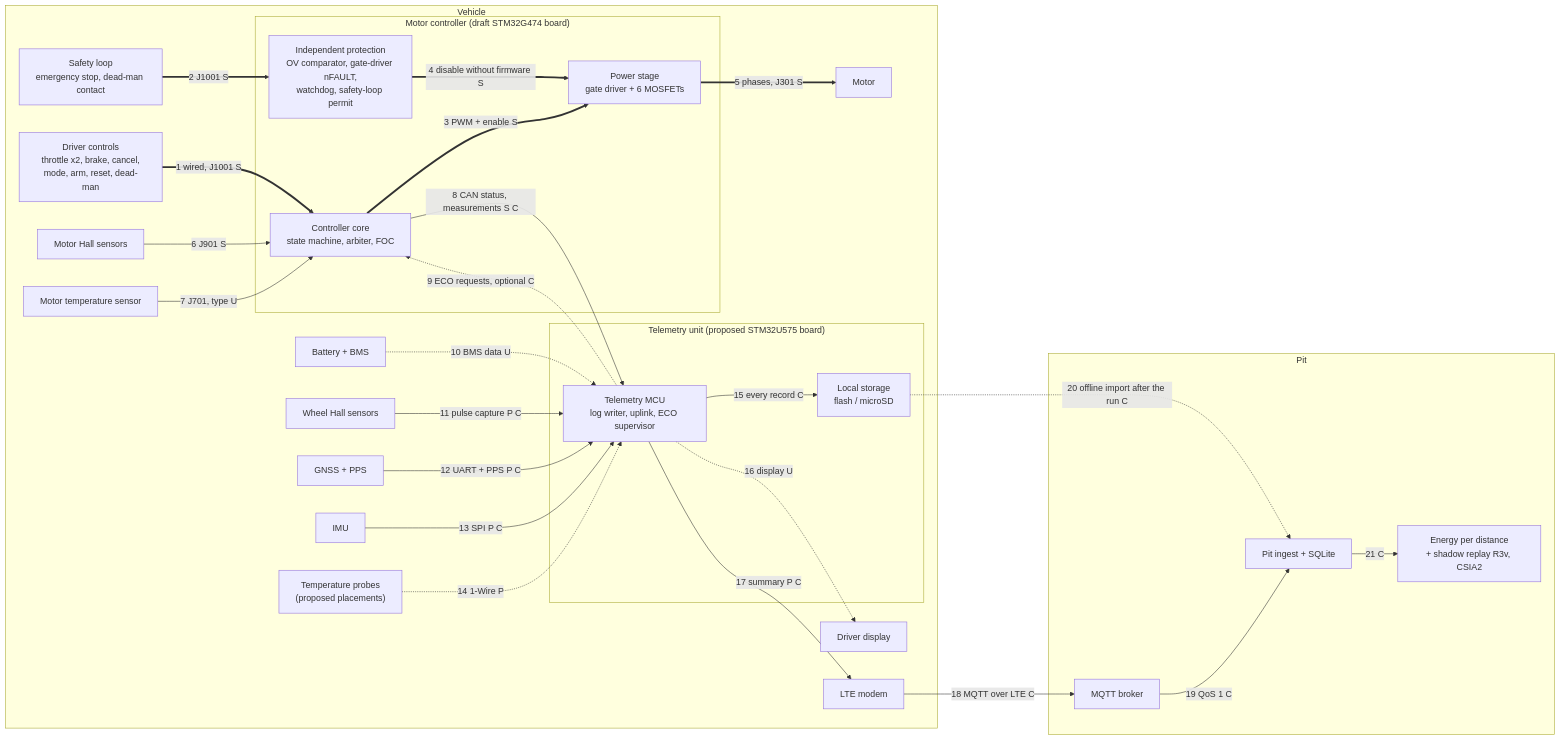
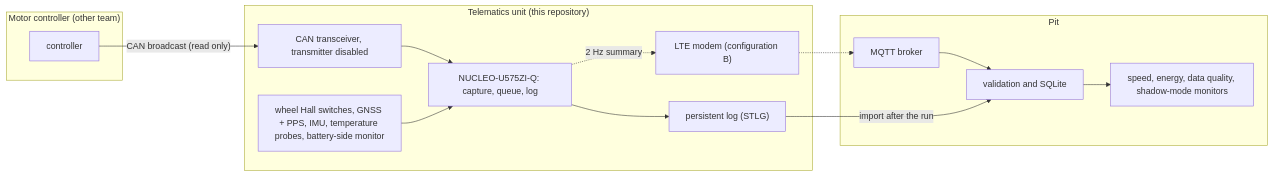
Before and after one commit to SWORT-Aerospace/sem-motor-controller: the diagram in README.md, drawn with Mermaid. The commit also changed other lines of this file and 34 other files, not shown here.

````diff
--- a/README.md
+++ b/README.md
@@ -48,52 +13,22 @@
 ```mermaid
 flowchart LR
-  subgraph VEH["Vehicle"]
-    LOOP["Safety loop<br/>emergency stop, dead-man contact"]
-    DRV["Driver controls<br/>throttle x2, brake, cancel,<br/>mode, arm, reset, dead-man"]
-    subgraph MCB["Motor controller (draft STM32G474 board)"]
-      PROT["Independent protection<br/>OV comparator, gate-driver nFAULT,<br/>watchdog, safety-loop permit"]
-      MC["Controller core<br/>state machine, arbiter, FOC"]
-      PS["Power stage<br/>gate driver + 6 MOSFETs"]
-    end
-    MOT["Motor"]
-    HALL["Motor Hall sensors"]
-    MTEMP["Motor temperature sensor"]
-    BMS["Battery + BMS"]
-    subgraph TUB["Telemetry unit (proposed STM32U575 board)"]
-      TU["Telemetry MCU<br/>log writer, uplink, ECO supervisor"]
-      LOG["Local storage<br/>flash / microSD"]
-    end
-    WS["Wheel Hall sensors"]
-    GNSS["GNSS + PPS"]
-    IMU["IMU"]
-    TS["Temperature probes<br/>(proposed placements)"]
-    DISP["Driver display"]
-    LTE["LTE modem"]
+  subgraph CT["Motor controller (other team)"]
+    MC["controller"]
   end
-  subgraph PITS["Pit"]
+  subgraph TU["Telematics unit (this repository)"]
+    TR["CAN transceiver, transmitter disabled"]
+    MCU["NUCLEO-U575ZI-Q: capture, queue, log"]
+    SNS["wheel Hall switches, GNSS + PPS, IMU, temperature probes, battery-side monitor"]
+    LOG["persistent log (STLG)"]
+    MOD["LTE modem (configuration B)"]
+  end
+  subgraph PIT["Pit"]
     BRK["MQTT broker"]
-    PIT["Pit ingest + SQLite"]
-    AN["Energy per distance<br/>+ shadow replay R3v, CSIA2"]
+    DB["validation and SQLite"]
+    AN["speed, energy, data quality, shadow-mode monitors"]
   end
-  LOOP ==>|"2 J1001 S"| PROT
-  DRV ==>|"1 wired, J1001 S"| MC
-  MC ==>|"3 PWM + enable S"| PS
-  PROT ==>|"4 disable without firmware S"| PS
-  PS ==>|"5 phases, J301 S"| MOT
-  HALL -->|"6 J901 S"| MC
-  MTEMP -->|"7 J701, type U"| MC
-  MC -->|"8 CAN status, measurements S C"| TU
-  TU -.->|"9 ECO requests, optional C"| MC
-  BMS -.->|"10 BMS data U"| TU
-  WS -->|"11 pulse capture P C"| TU
-  GNSS -->|"12 UART + PPS P C"| TU
-  IMU -->|"13 SPI P C"| TU
-  TS -.->|"14 1-Wire P"| TU
-  TU -->|"15 every record C"| LOG
-  TU -.->|"16 display U"| DISP
-  TU -->|"17 summary P C"| LTE
-  LTE -->|"18 MQTT over LTE C"| BRK
-  BRK -->|"19 QoS 1 C"| PIT
-  LOG -.->|"20 offline import after the run C"| PIT
-  PIT -->|"21 C"| AN
+  MC -- "CAN broadcast (read only)" --> TR --> MCU
+  SNS --> MCU --> LOG
+  MCU -. "2 Hz summary" .-> MOD -.-> BRK --> DB --> AN
+  LOG -- "import after the run" --> DB
 ```
````
